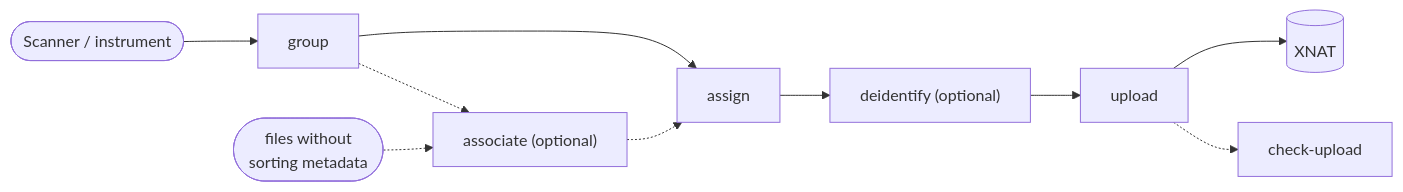
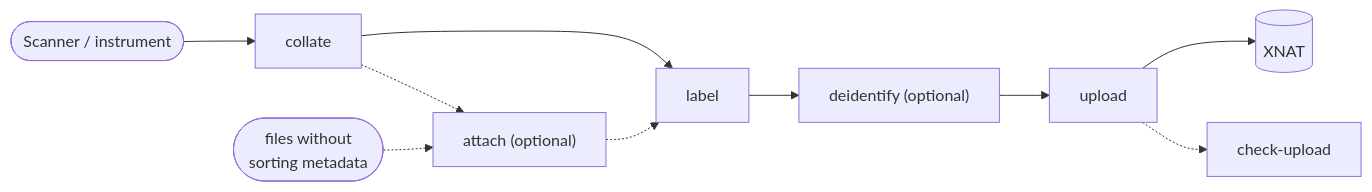
One commit to Australian-Imaging-Service/xnat-ingest changed the diagram in README.md. Above: the diagram before and after it, drawn with Mermaid. The commit also changed other lines of this file and 189 other files, not shown here.

````diff
--- a/README.md
+++ b/README.md
@@ -14,13 +16,13 @@
 ```mermaid
 flowchart LR
-    Scanner(["Scanner / instrument"]) --> Group["group"]
-    Group --> Assign["assign"]
-    Assign --> Deidentify["deidentify (optional)"]
+    Scanner(["Scanner / instrument"]) --> Collate["collate"]
+    Collate --> Label["label"]
+    Label --> Deidentify["deidentify (optional)"]
     Deidentify --> Upload["upload"]
     Upload --> XNAT[("XNAT")]
     Upload -.-> CheckUpload["check-upload"]
 
-    Extra(["files without\nsorting metadata"]) -.-> Associate["associate (optional)"]
-    Group -.-> Associate
-    Associate -.-> Assign
+    Extra(["files without\nsorting metadata"]) -.-> Attach["attach (optional)"]
+    Collate -.-> Attach
+    Attach -.-> Label
 ```
````
